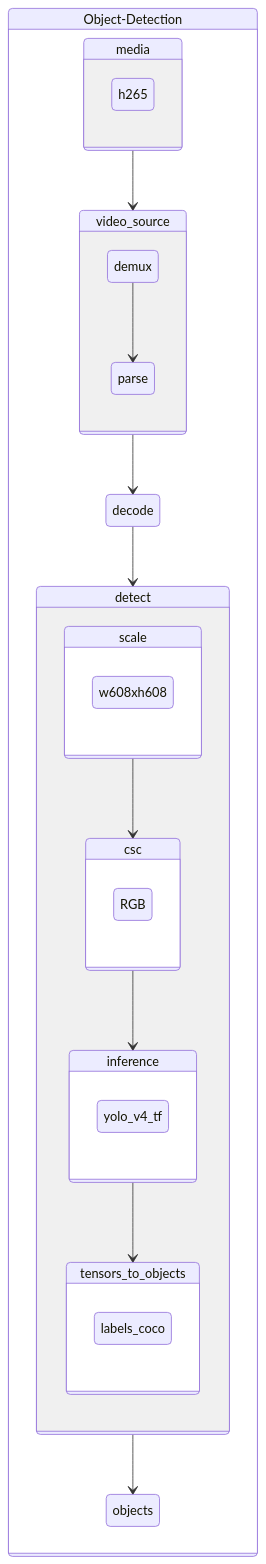
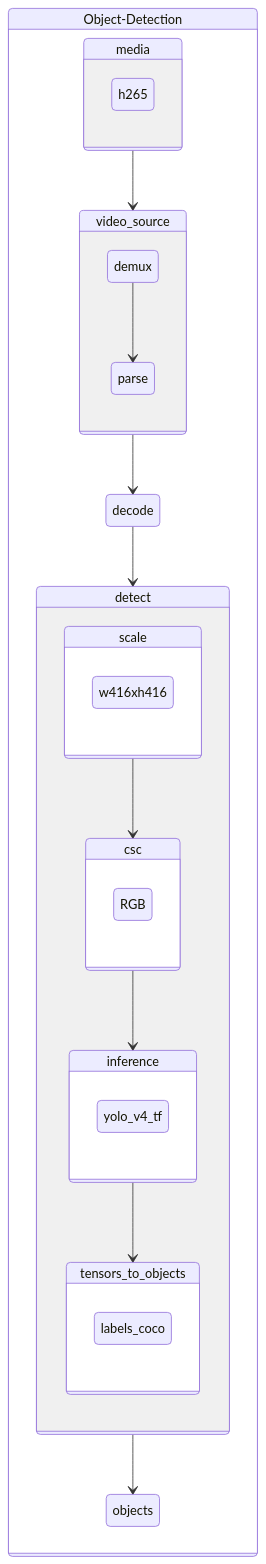
One commit to dlstreamer/pipeline-zoo changed the diagram in pipelines/video/object-detection/od-h265-yolo-v4-tf/README.md. Above: the diagram before and after it, drawn with Mermaid. The commit also changed 7 other files, not shown here.

````diff
--- a/pipelines/video/object-detection/od-h265-yolo-v4-tf/README.md
+++ b/pipelines/video/object-detection/od-h265-yolo-v4-tf/README.md
@@ -5,40 +5,40 @@
 ```mermaid
 stateDiagram
 
     state Object-Detection {
 
     state media {
     h265
     }
 
     state video_source {
 		demux --> parse
     }
 
     state detect {
     state scale {
-      w608xh608
+      w416xh416
     }
     state csc {
     RGB
     }
 
     state inference {
     yolo_v4_tf
     }
 
     state tensors_to_objects {
     labels_coco
     }
 
 		scale --> csc
 		csc --> inference
 		inference --> tensors_to_objects
     }
 
     media --> video_source
     video_source --> decode
     decode --> detect
     detect --> objects
 }
 ```
````
